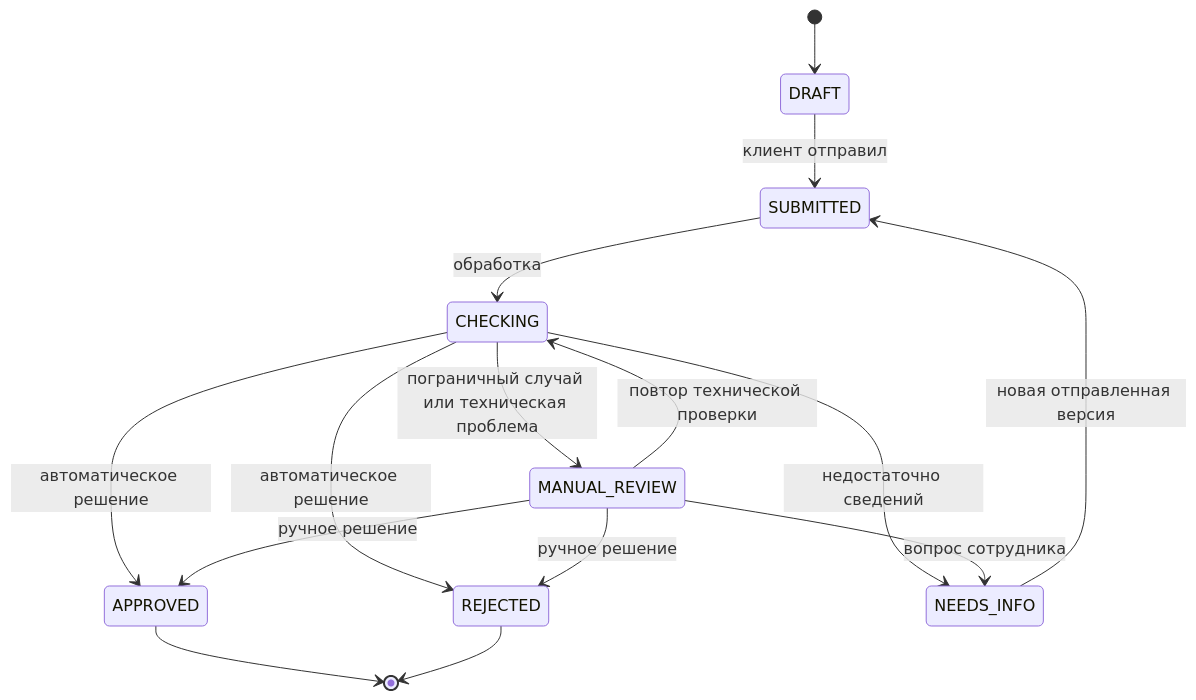
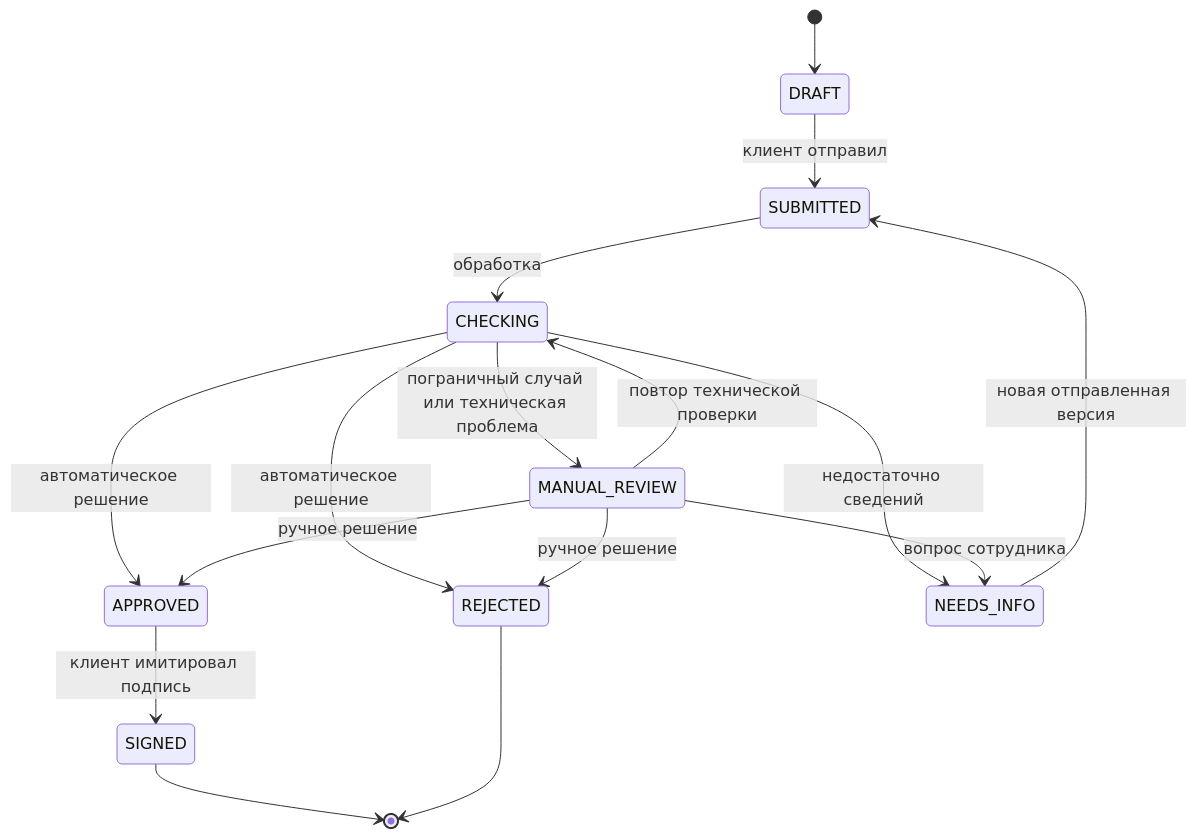
Before and after one commit to alpha-beta-gamma-shtrih/alpha-hakaton: the diagram in USER_FLOWS.md, drawn with Mermaid. The commit also changed other lines of this file and 12 other files, not shown here.

````diff
--- a/USER_FLOWS.md
+++ b/USER_FLOWS.md
@@ -87,17 +88,18 @@
 ```mermaid
 stateDiagram-v2
     [*] --> DRAFT
     DRAFT --> SUBMITTED: клиент отправил
     SUBMITTED --> CHECKING: обработка
     CHECKING --> APPROVED: автоматическое решение
     CHECKING --> REJECTED: автоматическое решение
     CHECKING --> NEEDS_INFO: недостаточно сведений
     CHECKING --> MANUAL_REVIEW: пограничный случай или техническая проблема
     NEEDS_INFO --> SUBMITTED: новая отправленная версия
     MANUAL_REVIEW --> NEEDS_INFO: вопрос сотрудника
     MANUAL_REVIEW --> CHECKING: повтор технической проверки
     MANUAL_REVIEW --> APPROVED: ручное решение
     MANUAL_REVIEW --> REJECTED: ручное решение
-    APPROVED --> [*]
+    APPROVED --> SIGNED: клиент имитировал подпись
+    SIGNED --> [*]
     REJECTED --> [*]
 ```
````
